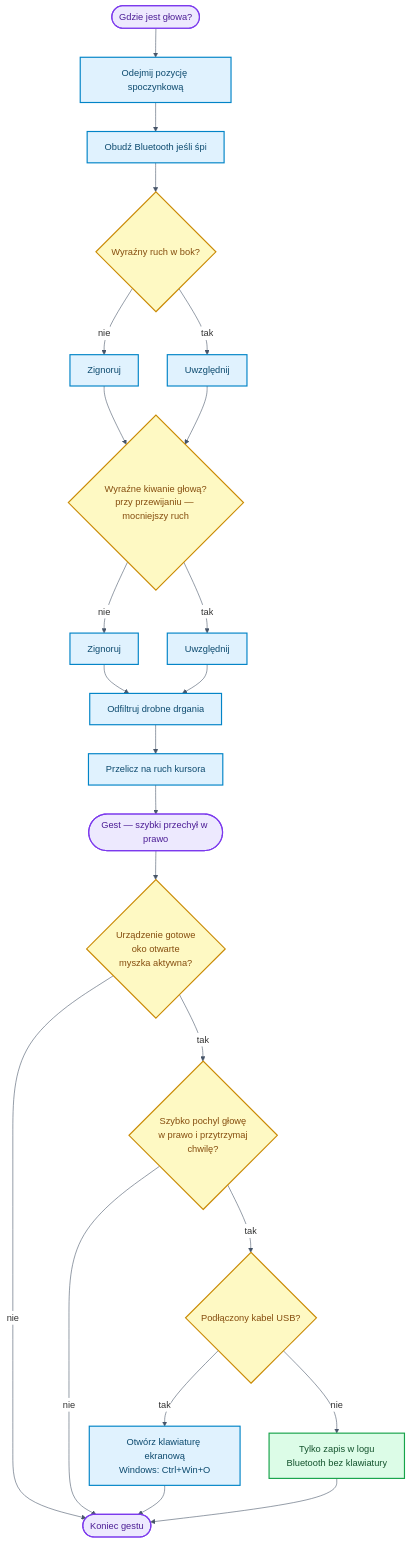
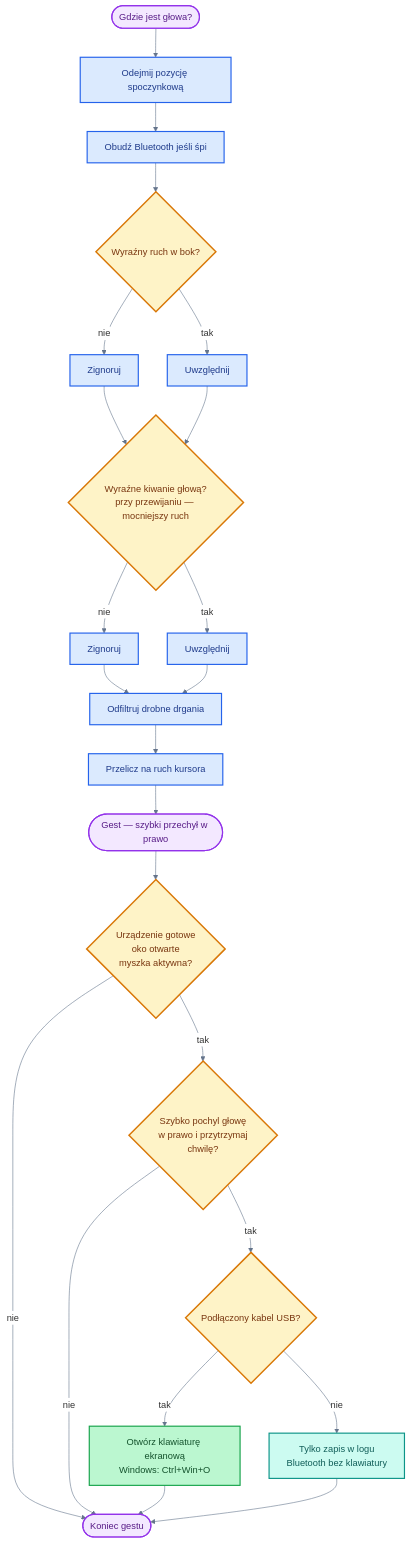
Before and after one commit to bartkadres-ai/HEFAS-4.0: the fourth of 10 diagrams in README.md, drawn with Mermaid. The commit also changed other lines of this file, not shown here.

````diff
--- a/README.md
+++ b/README.md
@@ -418,36 +432,38 @@
 ```mermaid
-%%{init: { 'theme': 'default', 'themeVariables': { 'darkMode': false, 'background': '#ffffff', 'mainBkg': '#ffffff', 'primaryColor': '#ffffff', 'secondaryColor': '#ffffff', 'tertiaryColor': '#ffffff', 'primaryTextColor': '#1e293b', 'lineColor': '#475569', 'clusterBkg': '#f8fafc', 'clusterBorder': '#cbd5e1', 'edgeLabelBackground': '#ffffff', 'noteBkgColor': '#f8fafc', 'noteTextColor': '#475569' }}}%%
+%%{init: { 'theme': 'default', 'themeVariables': { 'darkMode': false, 'background': '#ffffff', 'mainBkg': '#ffffff', 'primaryColor': '#ffffff', 'secondaryColor': '#ffffff', 'tertiaryColor': '#ffffff', 'primaryTextColor': '#1e293b', 'secondaryTextColor': '#334155', 'lineColor': '#64748b', 'primaryBorderColor': '#94a3b8', 'clusterBkg': '#f1f5f9', 'clusterBorder': '#94a3b8', 'edgeLabelBackground': '#ffffff', 'noteBkgColor': '#f8fafc', 'noteTextColor': '#475569', 'fontFamily': 'arial' }}}%%
 flowchart TD
     R([Gdzie jest głowa?]) --> OFF[Odejmij pozycję spoczynkową]
     OFF --> BLEW[Obudź Bluetooth jeśli śpi]
     BLEW --> PROGX{Wyraźny ruch w bok?}
     PROGX -->|nie| GX0[Zignoruj]
     PROGX -->|tak| GX1[Uwzględnij]
     GX0 --> PROGZ
     GX1 --> PROGZ{Wyraźne kiwanie głową?<br/>przy przewijaniu — mocniejszy ruch}
     PROGZ -->|nie| GZ0[Zignoruj]
     PROGZ -->|tak| GZ1[Uwzględnij]
     GZ0 --> MARTWA
     GZ1 --> MARTWA[Odfiltruj drobne drgania]
     MARTWA --> DELTA[Przelicz na ruch kursora]
     DELTA --> G([Gest — szybki przechył w prawo])
 
     G --> GOK{Urządzenie gotowe<br/>oko otwarte<br/>myszka aktywna?}
     GOK -->|nie| GKON([Koniec gestu])
     GOK -->|tak| GY{Szybko pochyl głowę<br/>w prawo i przytrzymaj<br/>chwilę?}
     GY -->|tak| OSK{Podłączony kabel USB?}
     OSK -->|tak| KBD[Otwórz klawiaturę ekranową<br/>Windows: Ctrl+Win+O]
     OSK -->|nie| BLEONLY[Tylko zapis w logu<br/>Bluetooth bez klawiatury]
     GY -->|nie| GKON
     KBD --> GKON
     BLEONLY --> GKON
 
-    classDef startEnd fill:#ede9fe,stroke:#7c3aed,stroke-width:2px,color:#4c1d95
-    classDef process fill:#e0f2fe,stroke:#0284c7,stroke-width:2px,color:#0c4a6e
-    classDef decision fill:#fef9c3,stroke:#ca8a04,stroke-width:2px,color:#854d0e
-    classDef io fill:#dcfce7,stroke:#16a34a,stroke-width:2px,color:#14532d
+    classDef startEnd fill:#f3e8ff,stroke:#9333ea,stroke-width:2px,color:#581c87
+    classDef process fill:#dbeafe,stroke:#2563eb,stroke-width:2px,color:#1e3a8a
+    classDef decision fill:#fef3c7,stroke:#d97706,stroke-width:2.5px,color:#78350f
+    classDef connect fill:#ccfbf1,stroke:#0d9488,stroke-width:2px,color:#115e59
+    classDef success fill:#bbf7d0,stroke:#16a34a,stroke-width:2px,color:#14532d
     class R,G,GKON startEnd
-    class OFF,BLEW,GX0,GX1,GZ0,GZ1,MARTWA,DELTA,KBD process
+    class OFF,BLEW,GX0,GX1,GZ0,GZ1,MARTWA,DELTA process
     class PROGX,PROGZ,GOK,GY,OSK decision
-    class BLEONLY io
+    class KBD success
+    class BLEONLY connect
 ```
````
